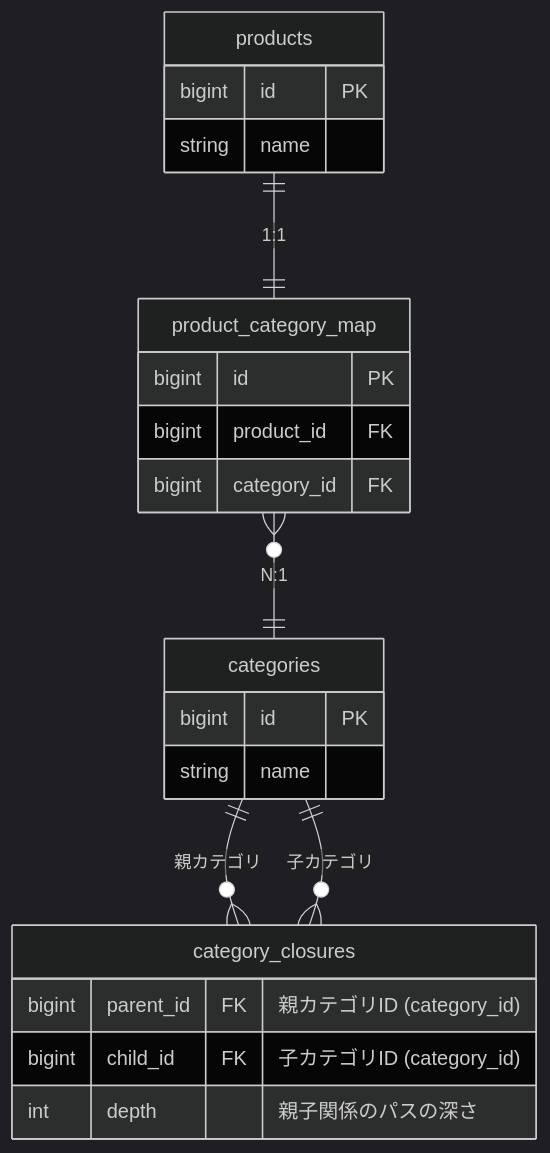
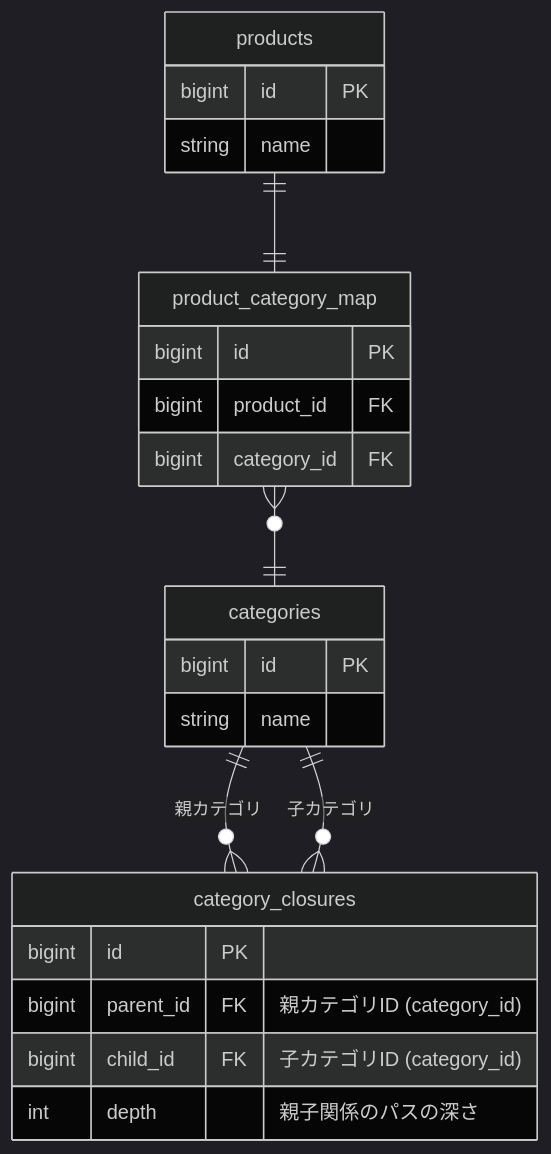
Before and after one commit to kuroweb/price-monitoring: the second of 11 diagrams in README.md, drawn with Mermaid (dark theme). The commit also changed other lines of this file, not shown here.

````diff
--- a/README.md
+++ b/README.md
@@ -68,26 +68,27 @@
 ```mermaid
 erDiagram
   products {
     bigint id PK
     string name
   }
   product_category_map {
     bigint id PK
     bigint product_id FK
     bigint category_id FK
   }
   categories {
     bigint id PK
     string name
   }
   category_closures {
+    bigint id PK
     bigint parent_id FK "親カテゴリID (category_id)"
     bigint child_id FK "子カテゴリID (category_id)"
     int depth "親子関係のパスの深さ"
   }
 
-  products ||--|| product_category_map : "1:1"
-  product_category_map }o--|| categories : "N:1"
+  products ||--|| product_category_map : ""
+  product_category_map }o--|| categories : ""
   categories ||--o{ category_closures : "親カテゴリ"
   categories ||--o{ category_closures : "子カテゴリ"
 ```
````
